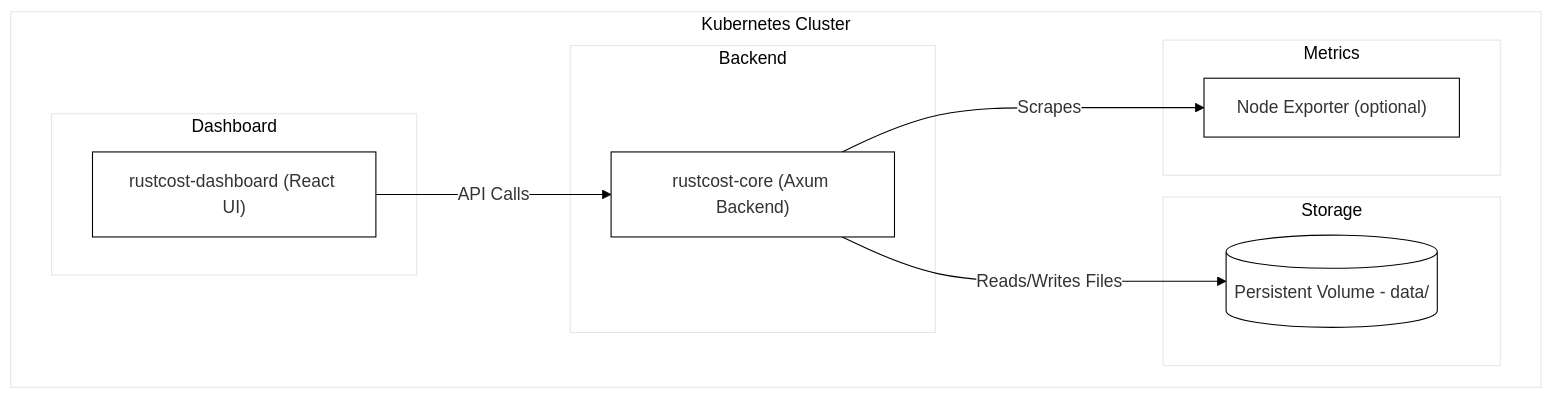
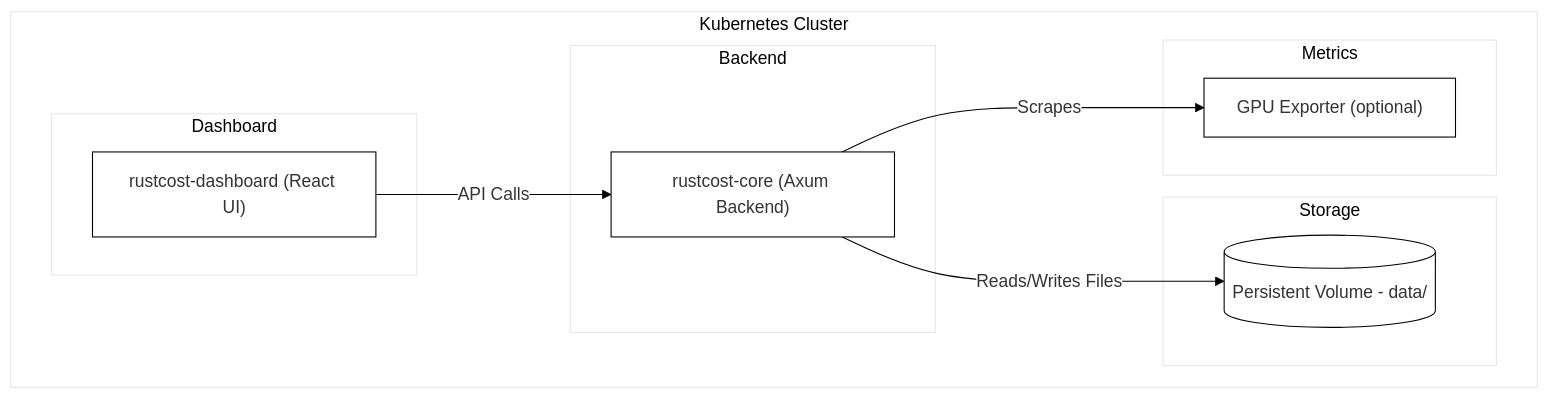
The diagram in README.md (rustcost/rustcost-helmchart), drawn with Mermaid before and after one commit. The commit also changed 2 other files, not shown here.

````diff
--- a/README.md
+++ b/README.md
@@ -18,22 +18,22 @@
 ```mermaid
 %%{init: {'theme': 'base', 'themeVariables': { 'primaryColor': '#ffffff', 'primaryBorderColor': '#000000', 'lineColor': '#000000'}}}%%
    flowchart TD
        subgraph K8s[Kubernetes Cluster]
            subgraph Backend
                R["rustcost-core (Axum Backend)"]
            end
            subgraph Dashboard
                F["rustcost-dashboard (React UI)"]
            end
            subgraph Storage
                V[("Persistent Volume - data/")]
            end
            subgraph Metrics
-               N["Node Exporter (optional)"]
+               N["GPU Exporter (optional)"]
            end
        end
 
        R -->|Reads/Writes Files| V
        R -->|Scrapes| N
        F -->|API Calls| R
 ```
````
